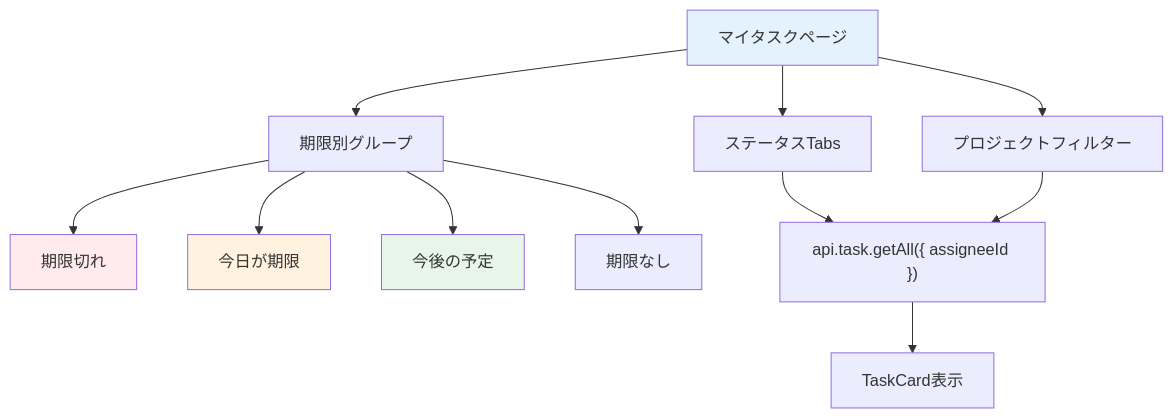
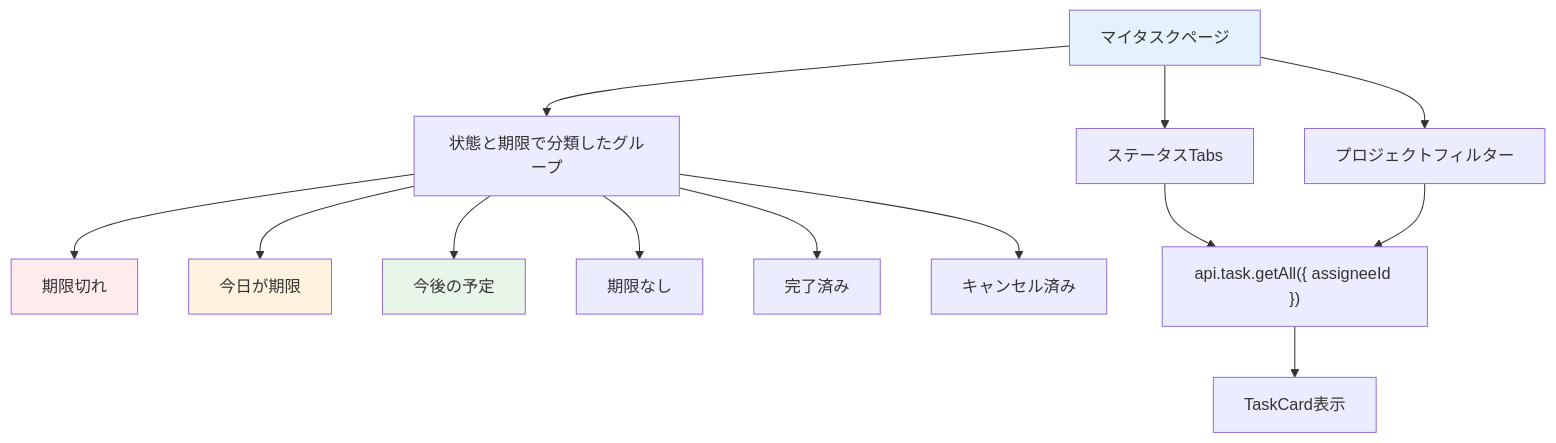
One commit to kouiso/task-app changed the first of 2 diagrams in material/30days-curriculum/day17_自分のタスクページ.md. Above: the diagram before and after it, drawn with Mermaid. The commit also changed other lines of this file and 345 other files, not shown here.

````diff
--- a/material/30days-curriculum/day17_自分のタスクページ.md
+++ b/material/30days-curriculum/day17_自分のタスクページ.md
@@ -27,19 +27,21 @@
 ```mermaid
 flowchart TD
     A[マイタスクページ] --> B[ステータスTabs]
     A --> C[プロジェクトフィルター]
-    A --> D[期限別グループ]
+    A --> D[状態と期限で分類したグループ]
     D --> E[期限切れ]
     D --> F[今日が期限]
     D --> G[今後の予定]
     D --> H[期限なし]
+    D --> K[完了済み]
+    D --> L[キャンセル済み]
 
     B --> I["api.task.getAll({ assigneeId })"]
     C --> I
     I --> J[TaskCard表示]
 
     style A fill:#e3f2fd
     style E fill:#ffebee
     style F fill:#fff3e0
     style G fill:#e8f5e9
 ```
````
